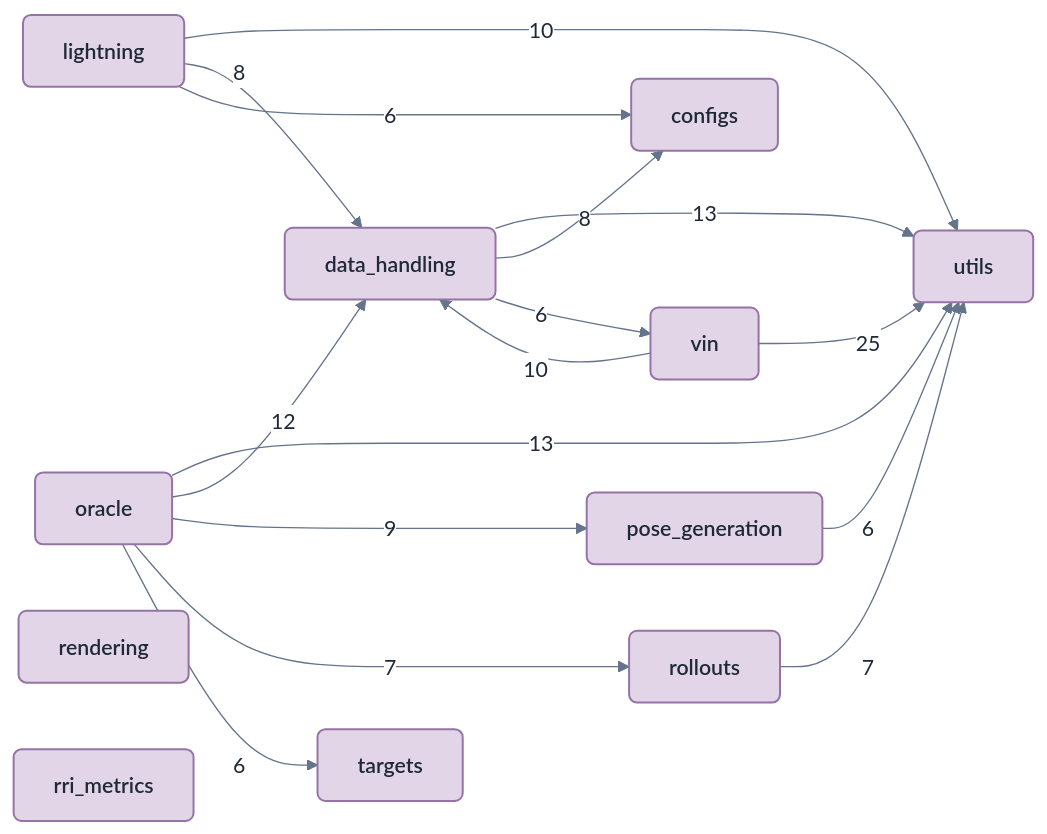
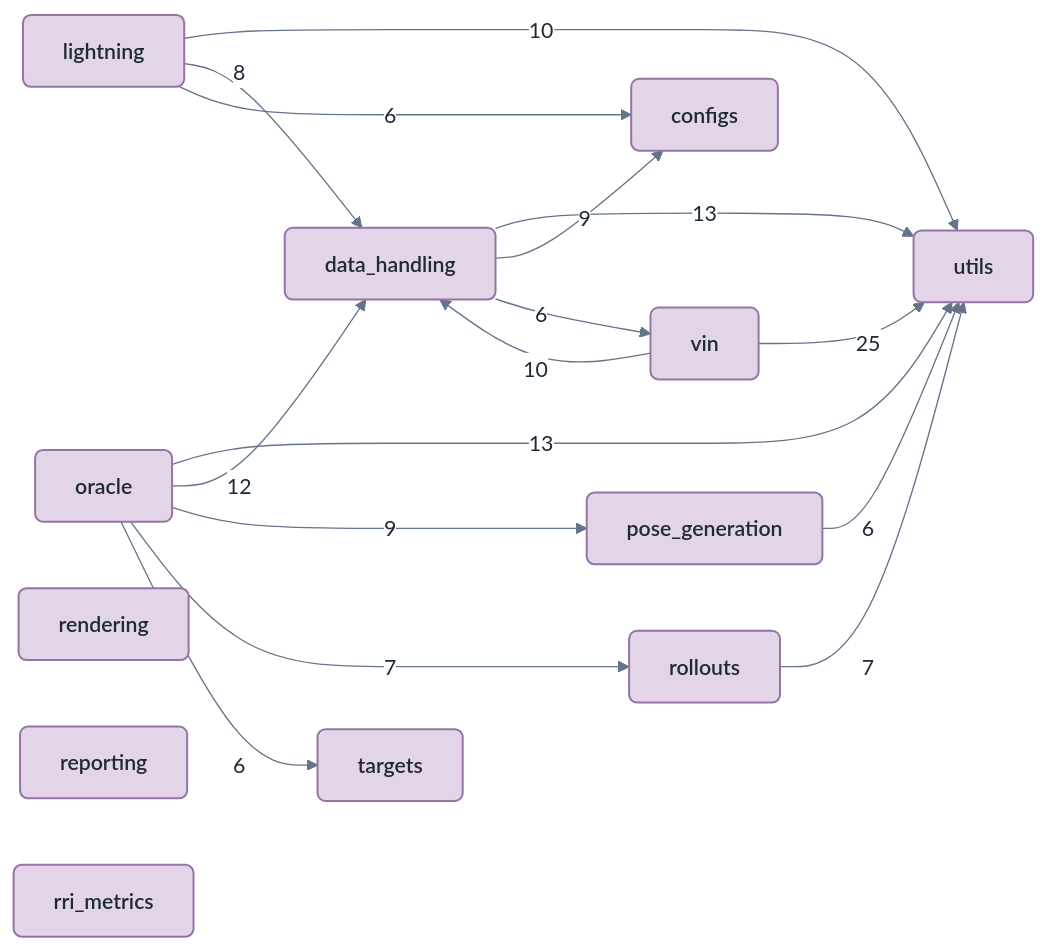
The diagram in docs/reference/_package_dependencies.mmd (JanDuchscherer104/NBV), drawn with Mermaid before and after one commit. The commit also changed 49 other files, not shown here.

```diff
--- a/docs/reference/_package_dependencies.mmd
+++ b/docs/reference/_package_dependencies.mmd
@@ -1,45 +1,46 @@
 ---
 config:
   theme: base
   htmlLabels: true
   flowchart:
     htmlLabels: true
   themeVariables:
     background: "#ffffff"
     primaryTextColor: "#1F2937"
     lineColor: "#64748B"
     edgeLabelBackground: "#ffffff"
   themeCSS: |
     .edgeLabel { color: #1F2937; background-color: #ffffff; }
 ---
 %% Generated by scripts/quartodoc_generate_dependency_diagram.py; do not edit.
 flowchart LR
   configs["configs"]
   data_handling["data_handling"]
   lightning["lightning"]
   oracle["oracle"]
   pose_generation["pose_generation"]
   rendering["rendering"]
+  reporting["reporting"]
   rollouts["rollouts"]
   rri_metrics["rri_metrics"]
   targets["targets"]
   utils["utils"]
   vin["vin"]
   vin -->|"25"| utils
   data_handling -->|"13"| utils
   oracle -->|"13"| utils
   oracle -->|"12"| data_handling
   lightning -->|"10"| utils
   vin -->|"10"| data_handling
+  data_handling -->|"9"| configs
   oracle -->|"9"| pose_generation
-  data_handling -->|"8"| configs
   lightning -->|"8"| data_handling
   oracle -->|"7"| rollouts
   rollouts -->|"7"| utils
   data_handling -->|"6"| vin
   lightning -->|"6"| configs
   oracle -->|"6"| targets
   pose_generation -->|"6"| utils
 
   classDef package fill:#E1D5E7,stroke:#9673A6,color:#1F2937,font-weight:600,stroke-width:1.5px,rx:6,ry:6;
-  class configs,data_handling,lightning,oracle,pose_generation,rendering,rollouts,rri_metrics,targets,utils,vin package;
+  class configs,data_handling,lightning,oracle,pose_generation,rendering,reporting,rollouts,rri_metrics,targets,utils,vin package;
```
